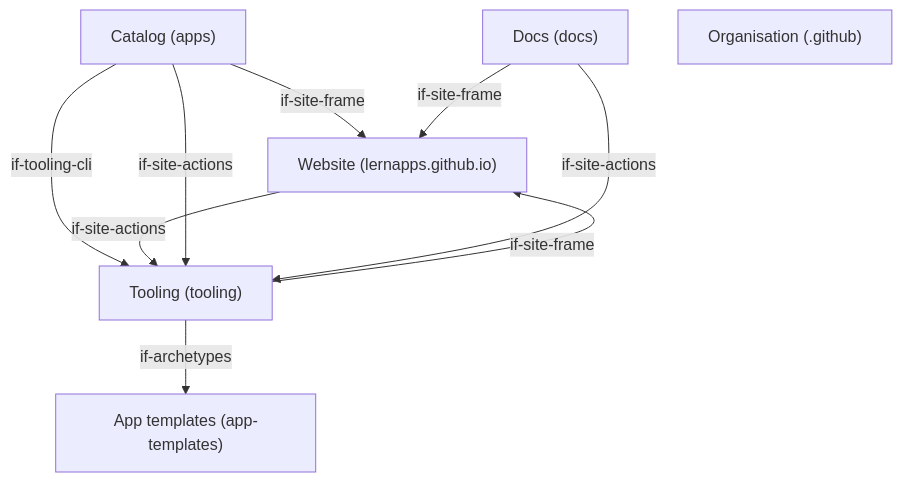
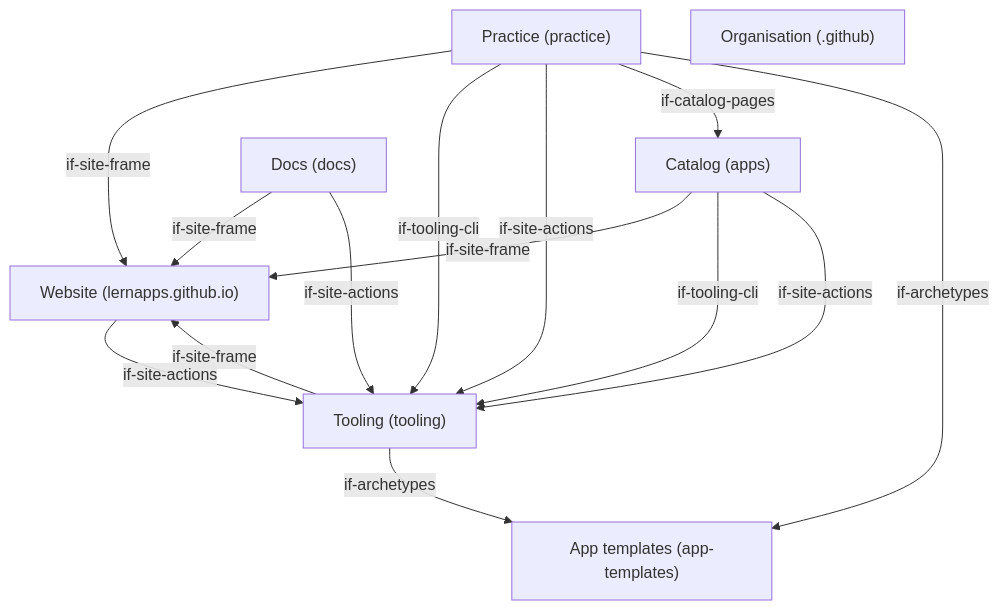
The diagram in docs/arc42/05-building-blocks.arc42.md (lernapps/docs), drawn with Mermaid before and after one commit. The commit also changed other lines of this file and 13 other files, not shown here.

First line of the commit message:
feat: place a tailor-made temporary app (practice) in the platform design and the architecture (#65)

````diff
--- a/docs/arc42/05-building-blocks.arc42.md
+++ b/docs/arc42/05-building-blocks.arc42.md
@@ -18,17 +18,23 @@
 ```mermaid
 flowchart TB
     bb-website["Website (lernapps.github.io)"]
     bb-catalog["Catalog (apps)"]
     bb-tooling["Tooling (tooling)"]
     bb-app-templates["App templates (app-templates)"]
+    bb-practice["Practice (practice)"]
     bb-docs["Docs (docs)"]
     bb-org["Organisation (.github)"]
     bb-catalog -->|"if-site-frame"| bb-website
     bb-tooling -->|"if-site-frame"| bb-website
     bb-docs -->|"if-site-frame"| bb-website
     bb-catalog -->|"if-tooling-cli"| bb-tooling
     bb-tooling -->|"if-archetypes"| bb-app-templates
+    bb-practice -->|"if-site-frame"| bb-website
+    bb-practice -->|"if-tooling-cli"| bb-tooling
+    bb-practice -->|"if-site-actions"| bb-tooling
+    bb-practice -->|"if-catalog-pages"| bb-catalog
+    bb-practice -->|"if-archetypes"| bb-app-templates
     bb-website -->|"if-site-actions"| bb-tooling
     bb-catalog -->|"if-site-actions"| bb-tooling
     bb-docs -->|"if-site-actions"| bb-tooling
 ```
````
